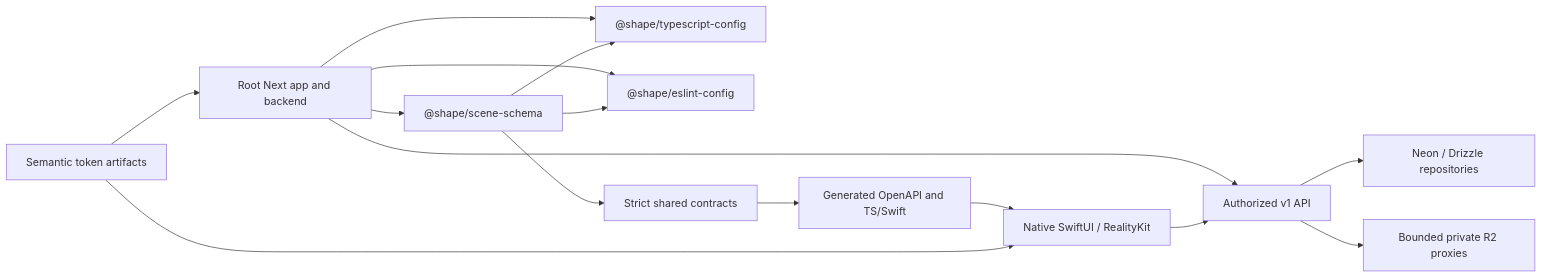
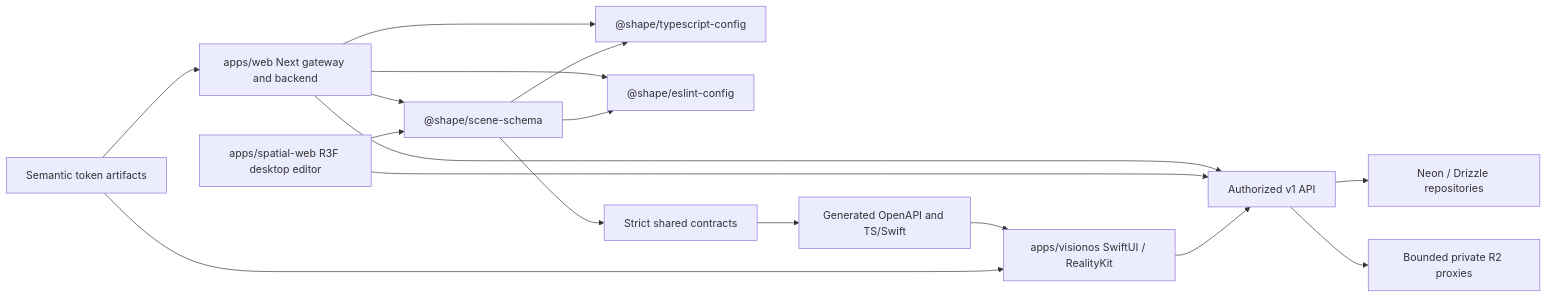
One commit to RaunakKanoji/bolo-verse changed the diagram in docs/architecture/system-overview.md. Above: the diagram before and after it, drawn with Mermaid. The commit also changed other lines of this file and 15 other files, not shown here.

````diff
--- a/docs/architecture/system-overview.md
+++ b/docs/architecture/system-overview.md
@@ -9,17 +9,19 @@
 ```mermaid
 flowchart LR
-  Web[Root Next app and backend] --> Scene["@shape/scene-schema"]
+  Web[apps/web Next gateway and backend] --> Scene["@shape/scene-schema"]
   Web --> TS["@shape/typescript-config"]
   Web --> Lint["@shape/eslint-config"]
   Scene --> TS
   Scene --> Lint
   Web --> API[Authorized v1 API]
-  Native[Native SwiftUI / RealityKit] --> API
+  Spatial[apps/spatial-web R3F desktop editor] --> API
+  Spatial --> Scene
+  Native[apps/visionos SwiftUI / RealityKit] --> API
   API --> DB[Neon / Drizzle repositories]
   API --> Storage[Bounded private R2 proxies]
   Registry[Strict shared contracts] --> OpenAPI[Generated OpenAPI and TS/Swift]
   Scene --> Registry
   OpenAPI --> Native
   Tokens[Semantic token artifacts] --> Web
   Tokens --> Native
 ```
````
